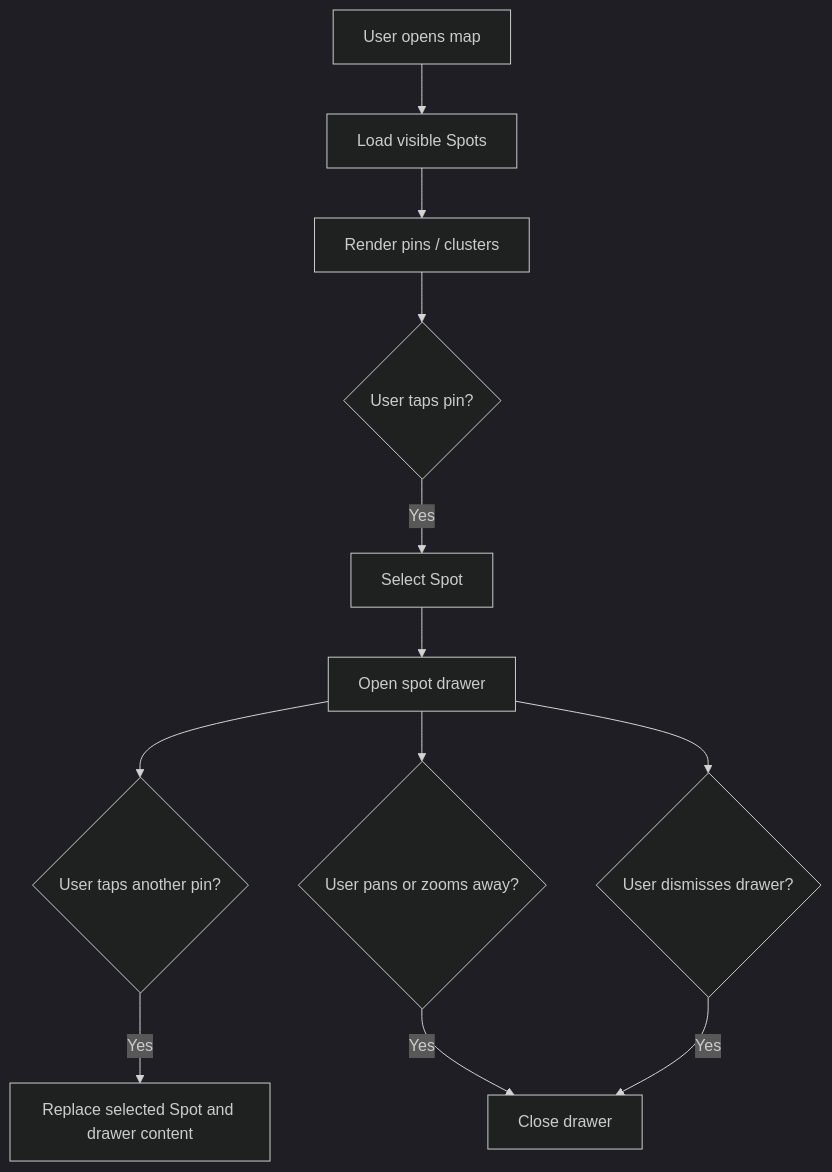
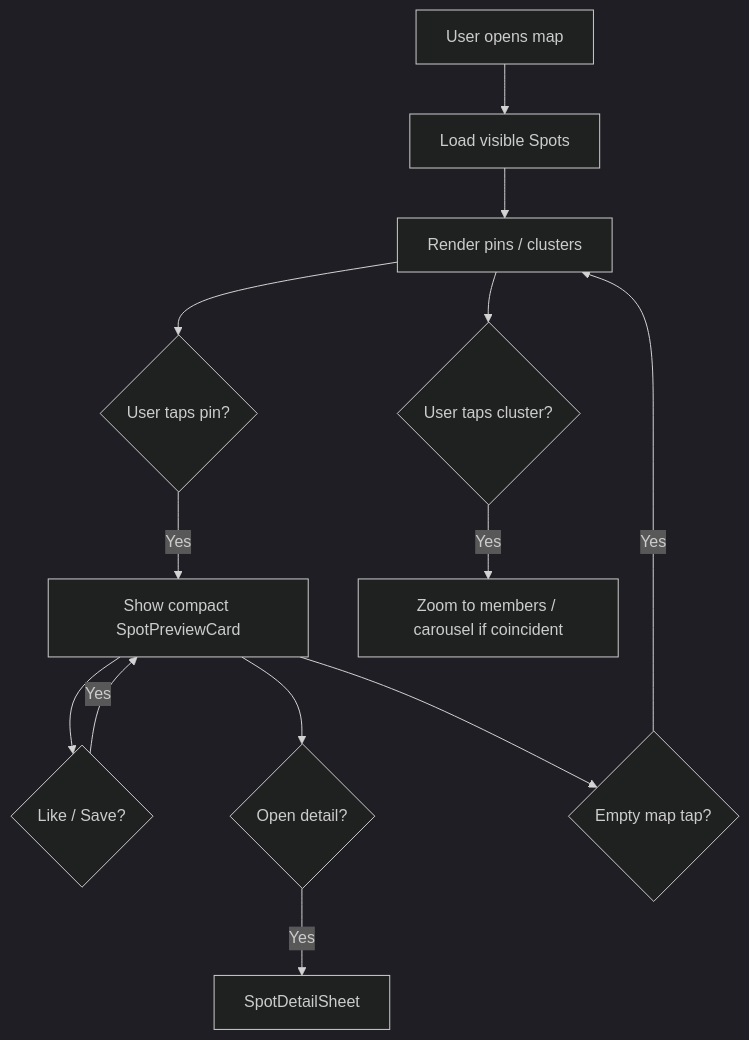
Before and after one commit to Ewynman/spot: the diagram in docs/product/map-experience.md, drawn with Mermaid (dark theme). The commit also changed other lines of this file and 21 other files, not shown here.

First line of the commit message:
Redesign Map experience with compact preview and clustering (#88)

````diff
--- a/docs/product/map-experience.md
+++ b/docs/product/map-experience.md
@@ -55,14 +67,15 @@
 ```mermaid
 flowchart TD
   A[User opens map] --> B[Load visible Spots]
   B --> C[Render pins / clusters]
   C --> D{User taps pin?}
-  D -->|Yes| E[Select Spot]
-  E --> F[Open spot drawer]
-  F --> G{User taps another pin?}
-  G -->|Yes| H[Replace selected Spot and drawer content]
-  F --> J{User pans or zooms away?}
-  J -->|Yes| K[Close drawer]
-  F --> L{User dismisses drawer?}
-  L -->|Yes| K
+  D -->|Yes| E[Show compact SpotPreviewCard]
+  E --> F{Like / Save?}
+  F -->|Yes| E
+  E --> G{Open detail?}
+  G -->|Yes| H[SpotDetailSheet]
+  E --> I{Empty map tap?}
+  I -->|Yes| C
+  C --> J{User taps cluster?}
+  J -->|Yes| K[Zoom to members / carousel if coincident]
 ```
````
